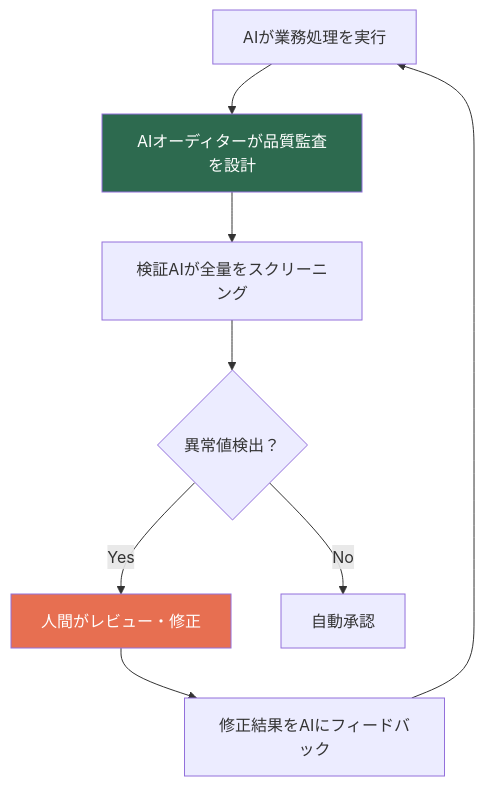
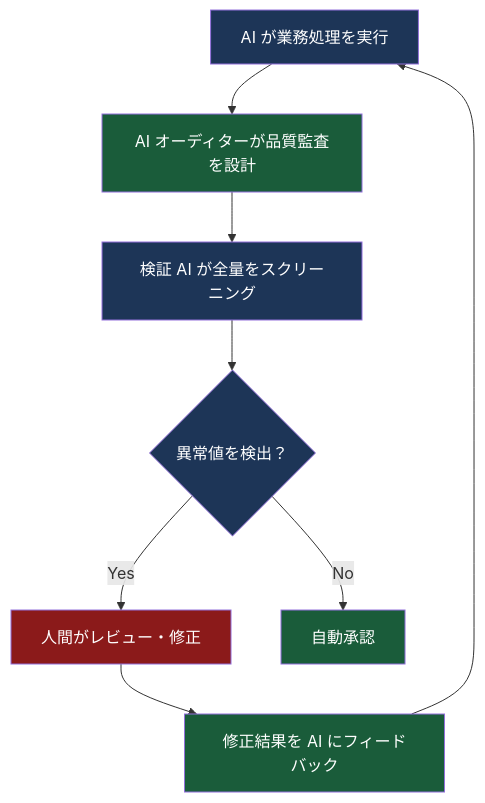
One commit to Leading-AI-IO/the-ai-organization changed diagram 12 of 14 in docs/jp/the-ai-organization_JP.md. Above: the diagram before and after it, drawn with Mermaid. The commit also changed other lines of this file, not shown here.

````diff
--- a/docs/jp/the-ai-organization_JP.md
+++ b/docs/jp/the-ai-organization_JP.md
@@ -1140,13 +1142,22 @@
 ```mermaid
 graph TD
-    A[AIが業務処理を実行] --> B[AIオーディターが品質監査を設計]
-    B --> C[検証AIが全量をスクリーニング]
-    C --> D{異常値検出？}
-    D -->|Yes| E[人間がレビュー・修正]
-    D -->|No| F[自動承認]
-    E --> G[修正結果をAIにフィードバック]
-    G --> A
+    A["AI が業務処理を実行"]
+    B["AI オーディターが品質監査を設計"]
+    C["検証 AI が全量をスクリーニング"]
+    D{"異常値を検出？"}
+    E["人間がレビュー・修正"]
+    F["自動承認"]
+    G["修正結果を AI にフィードバック"]
 
-    style B fill:#2d6a4f,color:#fff
-    style E fill:#e76f51,color:#fff
+    A --> B --> C --> D
+    D -->|"Yes"| E --> G --> A
+    D -->|"No"| F
+
+    style A fill:#1d3557,color:#fff
+    style B fill:#1a5c3a,color:#fff
+    style C fill:#1d3557,color:#fff
+    style D fill:#1d3557,color:#fff
+    style E fill:#8b1a1a,color:#fff
+    style F fill:#1a5c3a,color:#fff
+    style G fill:#1a5c3a,color:#fff
 ```
````
